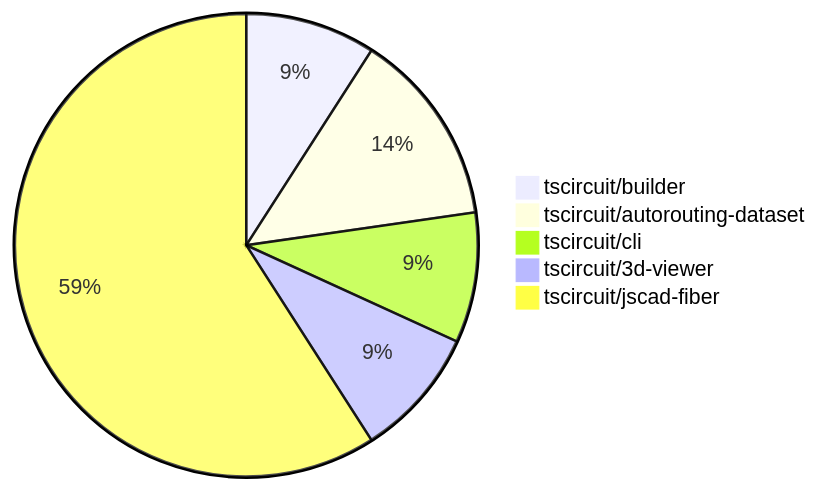
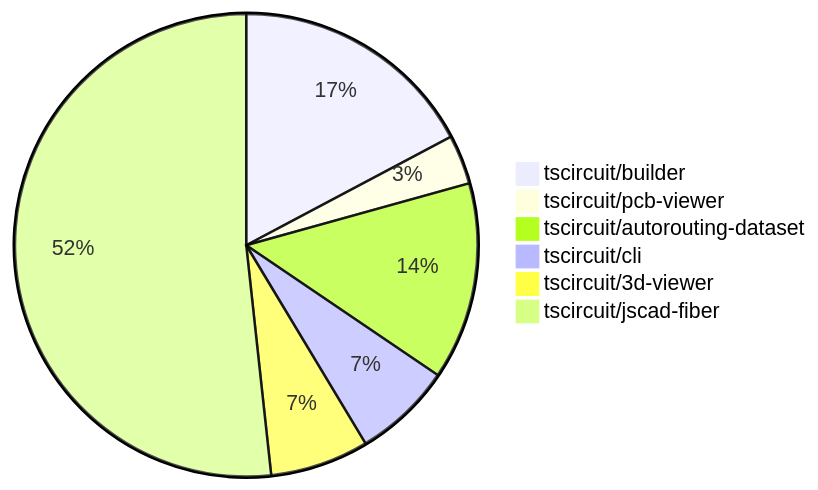
The diagram in README.md (tscircuit/contribution-tracker), drawn with Mermaid before and after one commit. The commit also changed other lines of this file and 1 other file, not shown here.

````diff
--- a/README.md
+++ b/README.md
@@ -24,8 +24,9 @@
 ```mermaid
 pie
-    "tscircuit/builder" : 2
-    "tscircuit/autorouting-dataset" : 3
+    "tscircuit/builder" : 5
+    "tscircuit/pcb-viewer" : 1
+    "tscircuit/autorouting-dataset" : 4
     "tscircuit/cli" : 2
     "tscircuit/3d-viewer" : 2
-    "tscircuit/jscad-fiber" : 13
+    "tscircuit/jscad-fiber" : 15
 ```
````
